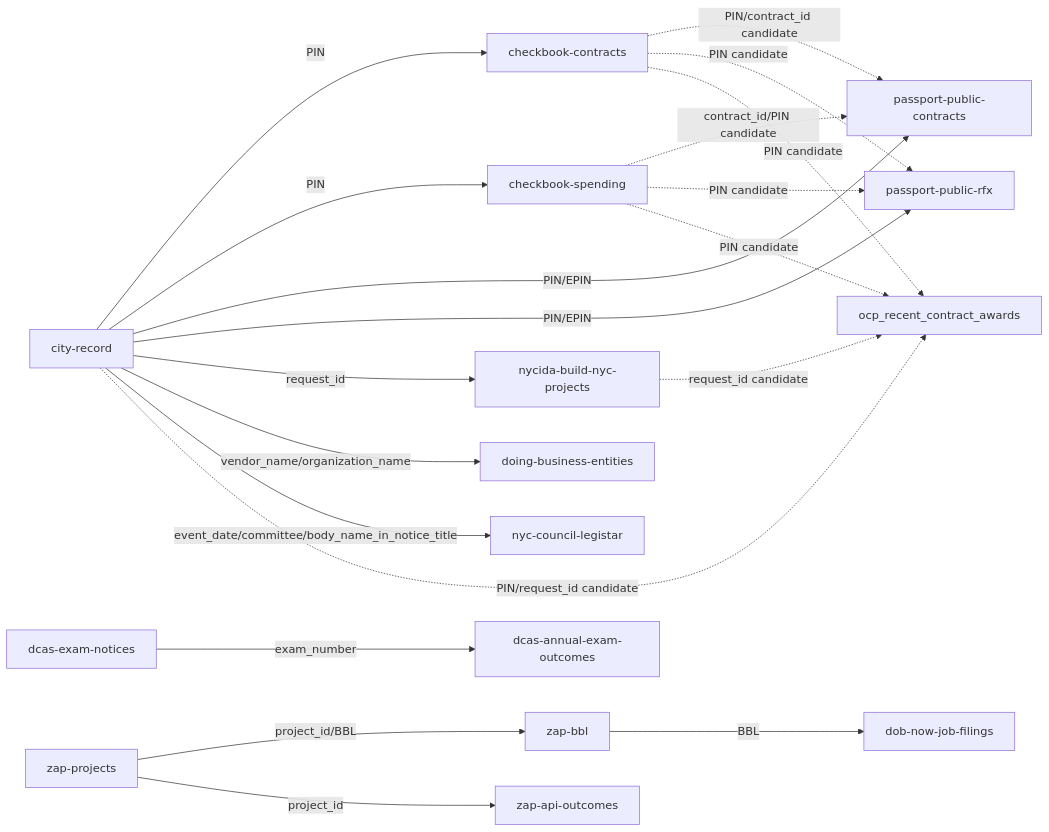
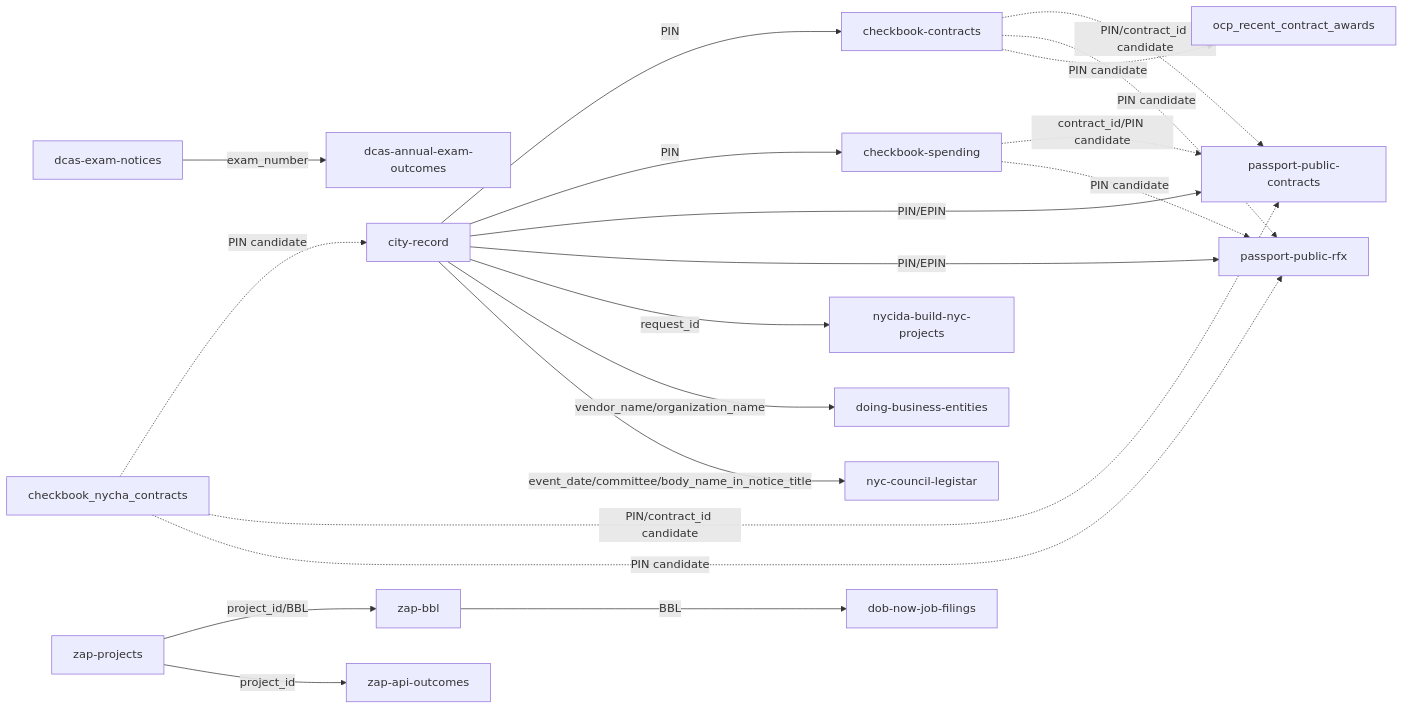
One commit to cityscroll/cityscroll-app changed the diagram in docs/gap-taxonomy.md. Above: the diagram before and after it, drawn with Mermaid. The commit also changed other lines of this file and 223 other files, not shown here.

Commit message:
Admit NYCHA-native contract observations

````diff
--- a/docs/gap-taxonomy.md
+++ b/docs/gap-taxonomy.md
@@ -141,22 +141,22 @@
 ```mermaid
 graph LR
   city_record[city-record] -->|PIN| checkbook_contracts[checkbook-contracts]
   city_record[city-record] -->|PIN| checkbook_spending[checkbook-spending]
   city_record[city-record] -->|PIN/EPIN| passport_public_contracts[passport-public-contracts]
   city_record[city-record] -->|PIN/EPIN| passport_public_rfx[passport-public-rfx]
   city_record[city-record] -->|request_id| nycida_build_nyc_projects[nycida-build-nyc-projects]
   city_record[city-record] -->|vendor_name/organization_name| doing_business_entities[doing-business-entities]
   city_record[city-record] -->|event_date/committee/body_name_in_notice_title| nyc_council_legistar[nyc-council-legistar]
   dcas_exam_notices[dcas-exam-notices] -->|exam_number| dcas_annual_exam_outcomes[dcas-annual-exam-outcomes]
   zap_bbl[zap-bbl] -->|BBL| dob_now_job_filings[dob-now-job-filings]
   zap_projects[zap-projects] -->|project_id/BBL| zap_bbl[zap-bbl]
   zap_projects[zap-projects] -->|project_id| zap_api_outcomes[zap-api-outcomes]
+  checkbook_nycha_contracts-.->|PIN candidate| city_record
   checkbook_contracts-.->|PIN/contract_id candidate| passport_public_contracts
   checkbook_contracts-.->|PIN candidate| passport_public_rfx
+  checkbook_nycha_contracts-.->|PIN/contract_id candidate| passport_public_contracts
+  checkbook_nycha_contracts-.->|PIN candidate| passport_public_rfx
   checkbook_spending-.->|contract_id/PIN candidate| passport_public_contracts
   checkbook_spending-.->|PIN candidate| passport_public_rfx
   checkbook_contracts-.->|PIN candidate| ocp_recent_contract_awards
-  checkbook_spending-.->|PIN candidate| ocp_recent_contract_awards
-  city_record-.->|PIN/request_id candidate| ocp_recent_contract_awards
-  nycida_build_nyc_projects-.->|request_id candidate| ocp_recent_contract_awards
 ```
````
